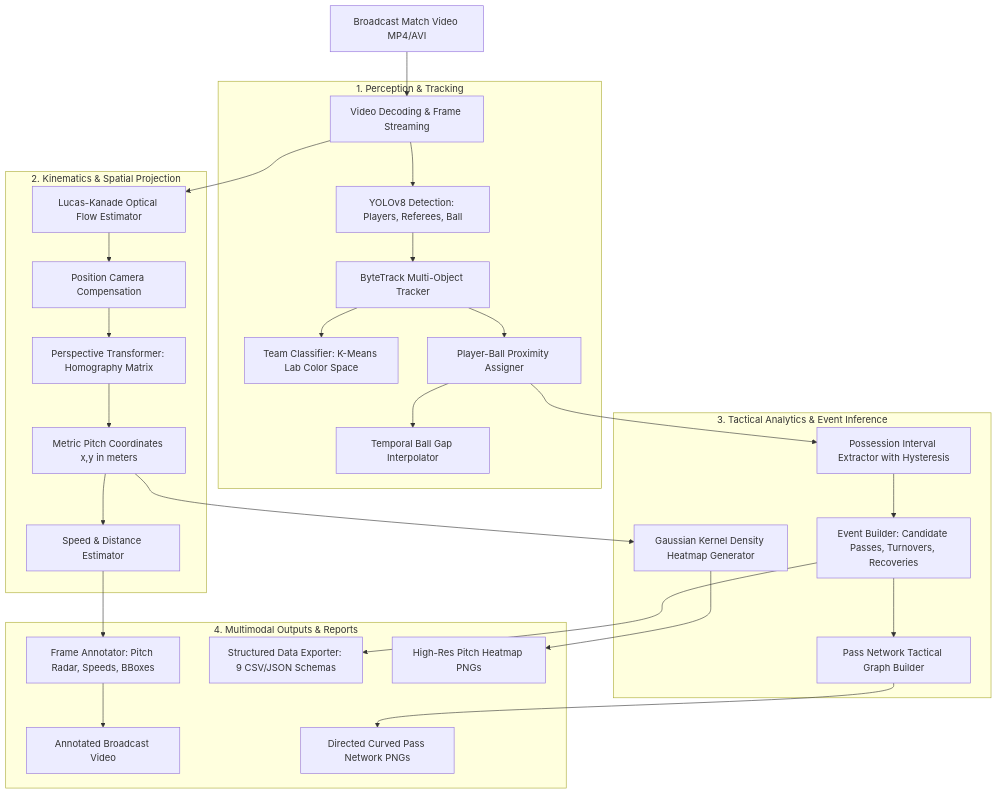
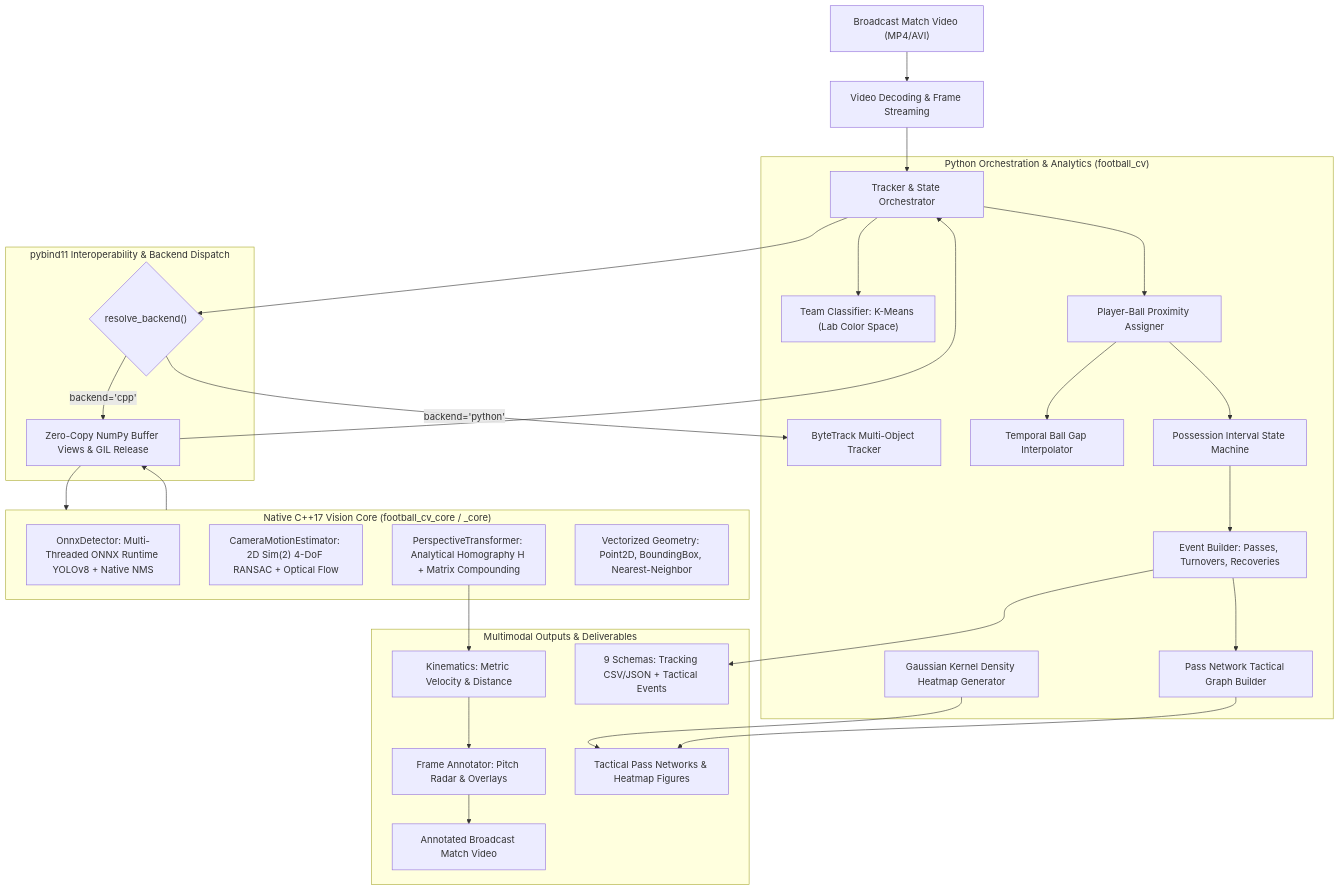
The first of 3 diagrams in docs/architecture.md (donaldng05/football-cv), drawn with Mermaid before and after one commit. The commit also changed other lines of this file and 9 other files, not shown here.

````diff
--- a/docs/architecture.md
+++ b/docs/architecture.md
@@ -21,35 +68,57 @@
 ```mermaid
 flowchart TD
-    VideoInput[Broadcast Match Video MP4/AVI] --> FrameReader[Video Decoding & Frame Streaming]
+    VideoInput["Broadcast Match Video (MP4/AVI)"] --> Decoder["Video Decoding & Frame Streaming"]
     
-    subgraph Perception ["1. Perception & Tracking"]
-        FrameReader --> YOLO[YOLOv8 Detection: Players, Referees, Ball]
-        YOLO --> ByteTrack[ByteTrack Multi-Object Tracker]
-        ByteTrack --> TeamClustering[Team Classifier: K-Means Lab Color Space]
-        ByteTrack --> BallAssigner[Player-Ball Proximity Assigner]
-        BallAssigner --> BallInterpolation[Temporal Ball Gap Interpolator]
+    subgraph PythonLayer ["Python Orchestration & Analytics (football_cv)"]
+        TrackerOrchestrator["Tracker & State Orchestrator"]
+        ByteTrack["ByteTrack Multi-Object Tracker"]
+        TeamClustering["Team Classifier: K-Means (Lab Color Space)"]
+        BallAssigner["Player-Ball Proximity Assigner"]
+        BallInterpolation["Temporal Ball Gap Interpolator"]
+        IntervalExtractor["Possession Interval State Machine"]
+        EventBuilder["Event Builder: Passes, Turnovers, Recoveries"]
+        PassNetworkGen["Pass Network Tactical Graph Builder"]
+        HeatmapGen["Gaussian Kernel Density Heatmap Generator"]
     end
 
-    subgraph Geometry ["2. Kinematics & Spatial Projection"]
-        FrameReader --> CameraFlow[Lucas-Kanade Optical Flow Estimator]
-        CameraFlow --> MotionCompensation[Position Camera Compensation]
-        MotionCompensation --> Homography[Perspective Transformer: Homography Matrix]
-        Homography --> PitchCoordinates[Metric Pitch Coordinates x,y in meters]
-        PitchCoordinates --> SpeedDistance[Speed & Distance Estimator]
+    subgraph NativeBridge ["pybind11 Interoperability & Backend Dispatch"]
+        BackendResolver{"resolve_backend()"}
+        ZeroCopy["Zero-Copy NumPy Buffer Views & GIL Release"]
     end
 
-    subgraph Analytics ["3. Tactical Analytics & Event Inference"]
-        BallAssigner --> IntervalExtractor[Possession Interval Extractor with Hysteresis]
-        IntervalExtractor --> EventBuilder[Event Builder: Candidate Passes, Turnovers, Recoveries]
-        PitchCoordinates --> HeatmapGen[Gaussian Kernel Density Heatmap Generator]
-        EventBuilder --> PassNetworkGen[Pass Network Tactical Graph Builder]
+    subgraph NativeCppCore ["Native C++17 Vision Core (football_cv_core / _core)"]
+        OnnxEngine["OnnxDetector: Multi-Threaded ONNX Runtime YOLOv8 + Native NMS"]
+        RansacEngine["CameraMotionEstimator: 2D Sim(2) 4-DoF RANSAC + Optical Flow"]
+        HomographyEngine["PerspectiveTransformer: Analytical Homography H + Matrix Compounding"]
+        GeometryEngine["Vectorized Geometry: Point2D, BoundingBox, Nearest-Neighbor"]
     end
 
-    subgraph Outputs ["4. Multimodal Outputs & Reports"]
-        SpeedDistance --> Annotator[Frame Annotator: Pitch Radar, Speeds, BBoxes]
-        Annotator --> VideoWriter[Annotated Broadcast Video]
-        EventBuilder --> Exporter[Structured Data Exporter: 9 CSV/JSON Schemas]
-        HeatmapGen --> HeatmapPNG[High-Res Pitch Heatmap PNGs]
-        PassNetworkGen --> NetworkPNG[Directed Curved Pass Network PNGs]
+    subgraph Outputs ["Multimodal Outputs & Deliverables"]
+        SpeedDist["Kinematics: Metric Velocity & Distance"]
+        Annotator["Frame Annotator: Pitch Radar & Overlays"]
+        AnnotatedVideo["Annotated Broadcast Match Video"]
+        StructuredData["9 Schemas: Tracking CSV/JSON + Tactical Events"]
+        ReportPlots["Tactical Pass Networks & Heatmap Figures"]
     end
+
+    Decoder --> TrackerOrchestrator
+    TrackerOrchestrator --> BackendResolver
+    BackendResolver -->|"backend='cpp'"| ZeroCopy
+    ZeroCopy --> NativeCppCore
+    BackendResolver -->|"backend='python'"| ByteTrack
+
+    NativeCppCore --> ZeroCopy
+    ZeroCopy --> TrackerOrchestrator
+    TrackerOrchestrator --> TeamClustering
+    TrackerOrchestrator --> BallAssigner
+    BallAssigner --> BallInterpolation
+    BallAssigner --> IntervalExtractor
+    IntervalExtractor --> EventBuilder
+    EventBuilder --> PassNetworkGen
+    HomographyEngine --> SpeedDist
+    SpeedDist --> Annotator
+    Annotator --> AnnotatedVideo
+    EventBuilder --> StructuredData
+    HeatmapGen --> ReportPlots
+    PassNetworkGen --> ReportPlots
 ```
````
